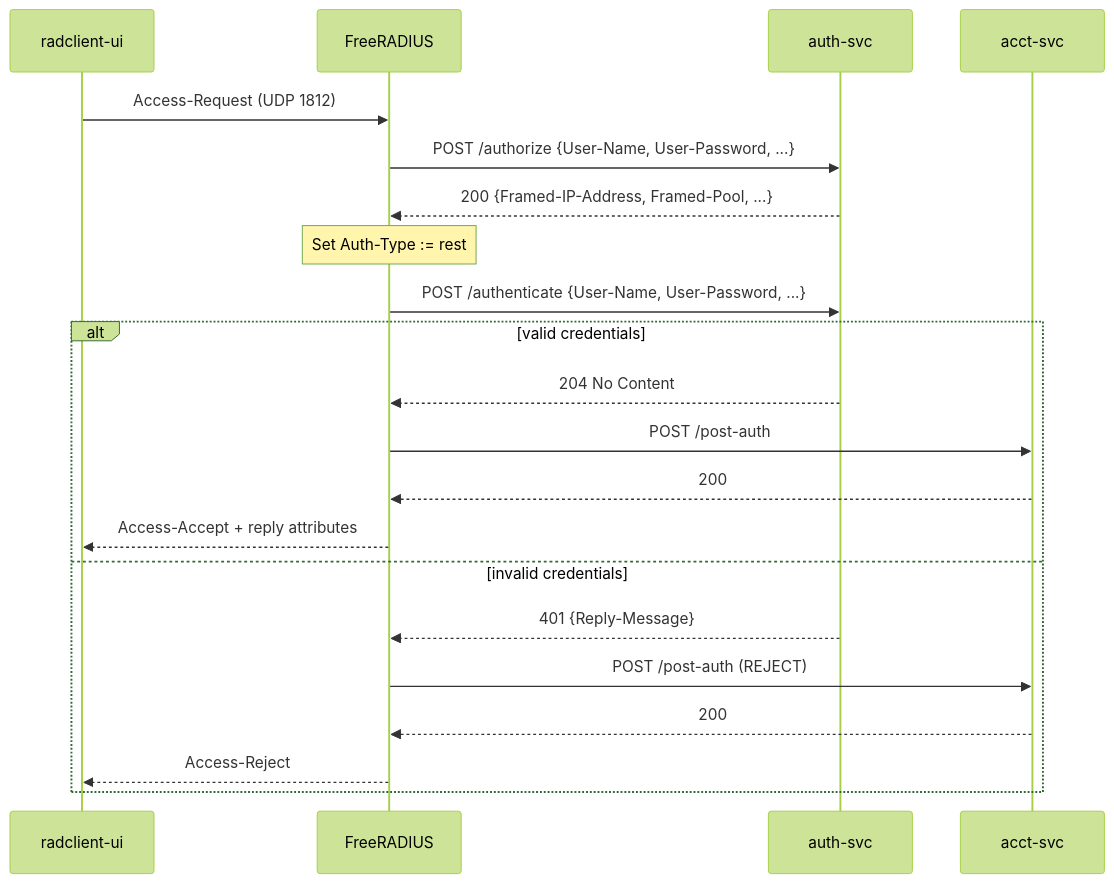
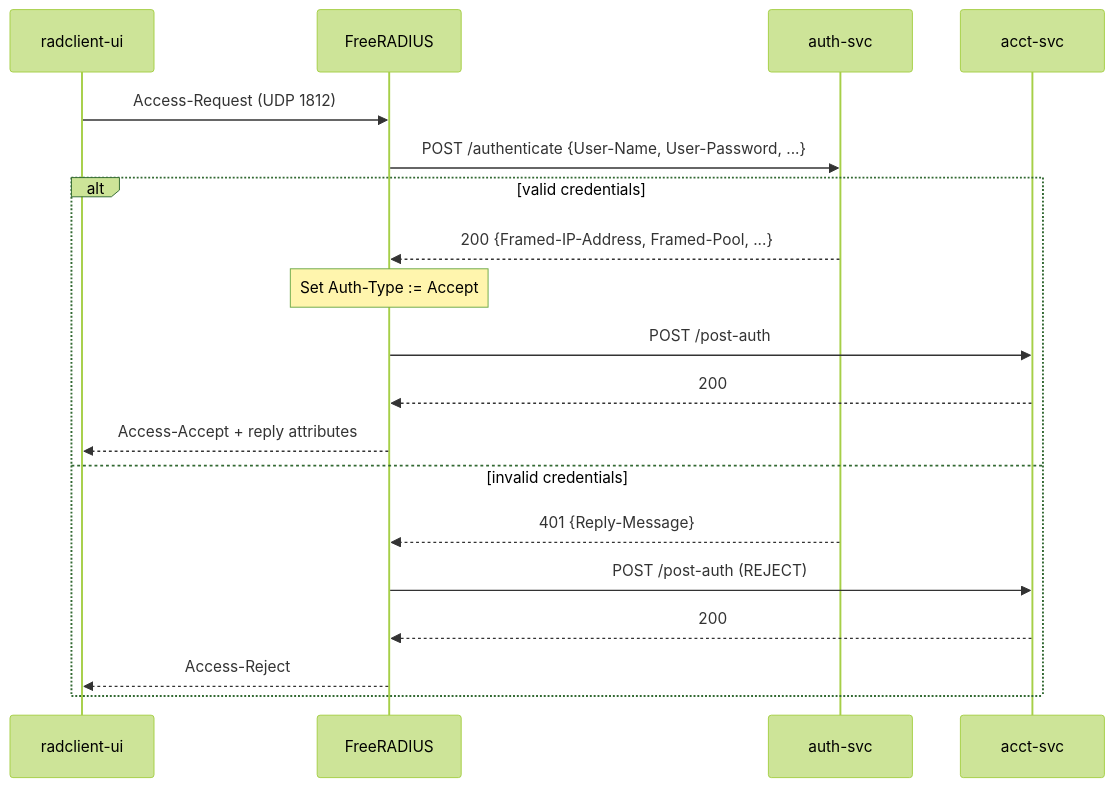
Before and after one commit to Work-Systems-Ltd/freeradius-http-auth: the second of 6 diagrams in README.md, drawn with Mermaid (forest theme). The commit also changed other lines of this file and 3 other files, not shown here.

````diff
--- a/README.md
+++ b/README.md
@@ -26,25 +26,22 @@
 ```mermaid
 sequenceDiagram
     participant UI as radclient-ui
     participant FR as FreeRADIUS
     participant AS as auth-svc
     participant AC as acct-svc
 
     UI->>FR: Access-Request (UDP 1812)
-    FR->>AS: POST /authorize {User-Name, User-Password, ...}
-    AS-->>FR: 200 {Framed-IP-Address, Framed-Pool, ...}
-    Note over FR: Set Auth-Type := rest
-
     FR->>AS: POST /authenticate {User-Name, User-Password, ...}
     alt valid credentials
-        AS-->>FR: 204 No Content
+        AS-->>FR: 200 {Framed-IP-Address, Framed-Pool, ...}
+        Note over FR: Set Auth-Type := Accept
         FR->>AC: POST /post-auth
         AC-->>FR: 200
         FR-->>UI: Access-Accept + reply attributes
     else invalid credentials
         AS-->>FR: 401 {Reply-Message}
         FR->>AC: POST /post-auth (REJECT)
         AC-->>FR: 200
         FR-->>UI: Access-Reject
     end
 ```
````
